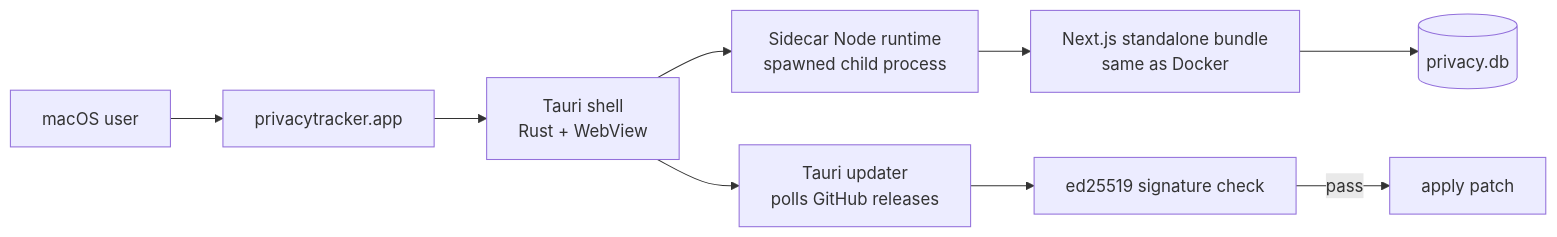
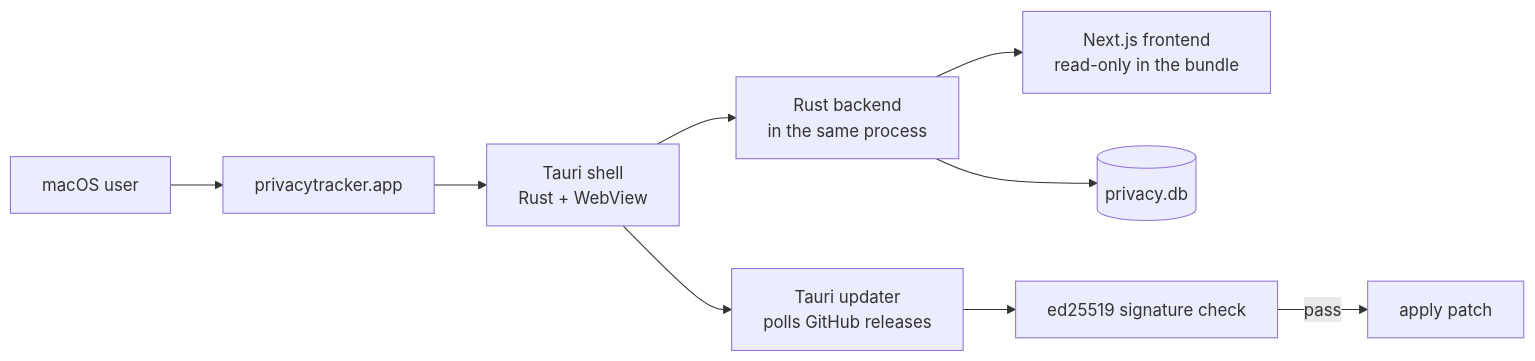
The first of 2 diagrams in develop/tauri.mdx (privacykey/docs-privacytracker), drawn with Mermaid before and after one commit. The commit also changed other lines of this file and 9 other files, not shown here.

First line of the commit message:
docs: describe the desktop app on its Rust backend

````diff
--- a/develop/tauri.mdx
+++ b/develop/tauri.mdx
@@ -12,11 +16,11 @@
 ```mermaid
 flowchart LR
     user[macOS user] --> app[privacytracker.app]
     app --> tauri[Tauri shell<br/>Rust + WebView]
-    tauri --> sidecar[Sidecar Node runtime<br/>spawned child process]
-    sidecar --> bundle[Next.js standalone bundle<br/>same as Docker]
-    bundle --> sqlite[(privacy.db)]
+    tauri --> server[Rust backend<br/>in the same process]
+    server --> site[Next.js frontend<br/>read-only in the bundle]
+    server --> sqlite[(privacy.db)]
     tauri --> updater[Tauri updater<br/>polls GitHub releases]
     updater --> ed25519[ed25519 signature check]
     ed25519 -- pass --> apply[apply patch]
 ```
````
